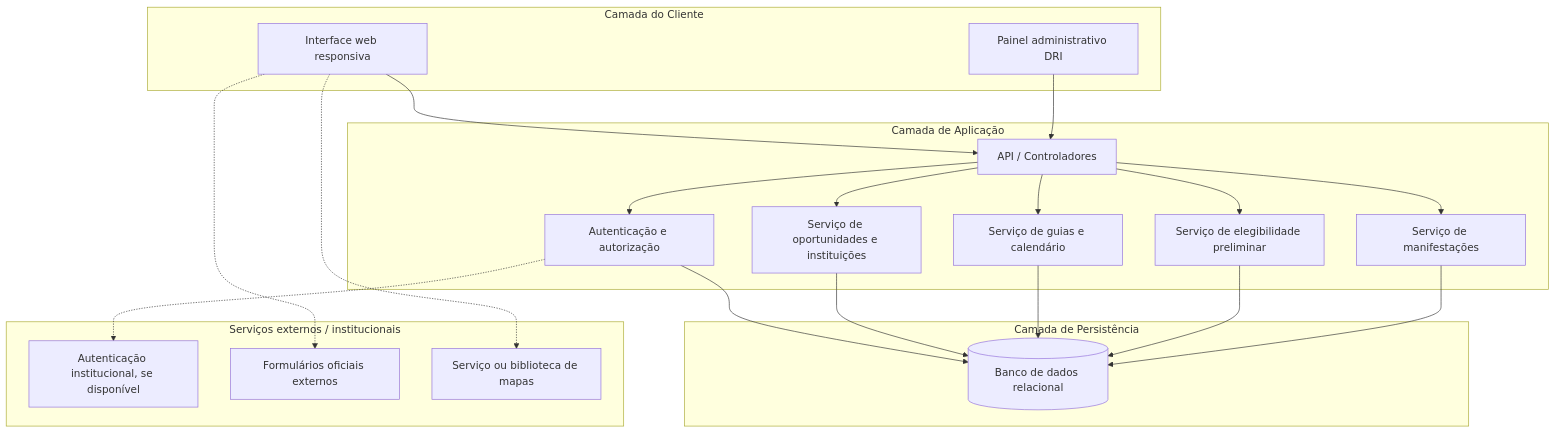
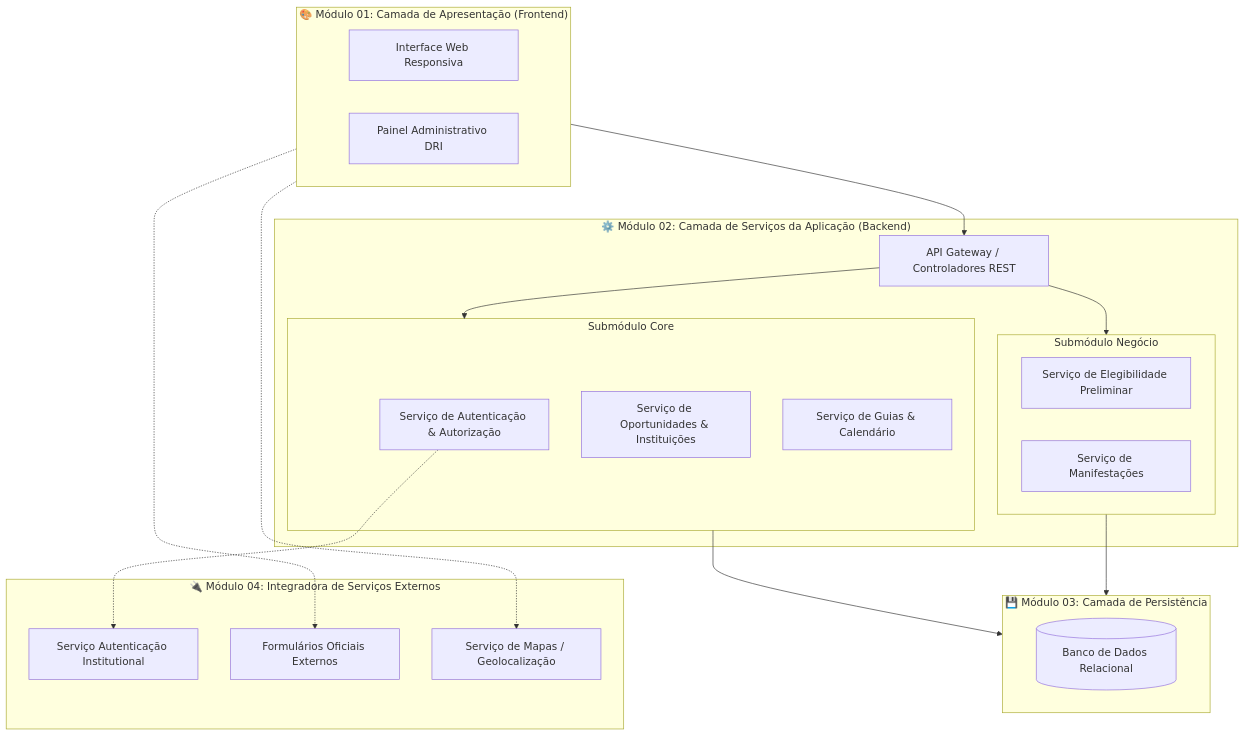
Before and after one commit to niclasmn/requisitos-2026--grupo3: the second of 4 diagrams in Requisitos/Visao-Demanda-grupo3.md, drawn with Mermaid. The commit also changed other lines of this file, not shown here.

Commit message:
Correção conforme orientações do Professor após apresentação Inicial

````diff
--- a/Requisitos/Visao-Demanda-grupo3.md
+++ b/Requisitos/Visao-Demanda-grupo3.md
@@ -310,42 +318,44 @@
 ```mermaid
 graph TB
-    subgraph Cliente[Camada do Cliente]
-        UI[Interface web responsiva]
-        AdminUI[Painel administrativo DRI]
+    subgraph ModuloApresentacao["🎨 Módulo 01: Camada de Apresentação (Frontend)"]
+        UI[Interface Web Responsiva]
+        AdminUI[Painel Administrativo DRI]
     end
 
-    subgraph Aplicacao[Camada de Aplicação]
-        API[API / Controladores]
-        Auth[Autenticação e autorização]
-        Oportunidades[Serviço de oportunidades e instituições]
-        Conteudo[Serviço de guias e calendário]
-        Elegibilidade[Serviço de elegibilidade preliminar]
-        Interesse[Serviço de manifestações]
+    subgraph ModuloServicos["⚙️ Módulo 02: Camada de Serviços da Aplicação (Backend)"]
+        API[API Gateway / Controladores REST]
+        
+        subgraph SubModuloscatalogo["Submódulo Core"]
+            Auth[Serviço de Autenticação & Autorização]
+            Oportunidades[Serviço de Oportunidades & Instituições]
+            Conteudo[Serviço de Guias & Calendário]
+        end
+        
+        subgraph SubModulosRegra["Submódulo Negócio"]
+            Elegibilidade[Serviço de Elegibilidade Preliminar]
+            Interesse[Serviço de Manifestações]
+        end
     end
 
-    subgraph Dados[Camada de Persistência]
-        BD[(Banco de dados relacional)]
+    subgraph ModuloPersistencia["💾 Módulo 03: Camada de Persistência"]
+        BD[(Banco de Dados Relacional)]
     end
 
-    subgraph Externos[Serviços externos / institucionais]
-        SSO[Autenticação institucional, se disponível]
-        Formularios[Formulários oficiais externos]
-        Mapa[Serviço ou biblioteca de mapas]
+    subgraph ModuloIntegracao["🔌 Módulo 04: Integradora de Serviços Externos"]
+        SSO[Serviço Autenticação Institutional]
+        Formularios[Formulários Oficiais Externos]
+        Mapa[Serviço de Mapas / Geolocalização]
     end
 
-    UI --> API
-    AdminUI --> API
-    API --> Auth
-    API --> Oportunidades
-    API --> Conteudo
-    API --> Elegibilidade
-    API --> Interesse
-    Auth --> BD
-    Oportunidades --> BD
-    Conteudo --> BD
-    Elegibilidade --> BD
-    Interesse --> BD
+    %% Relacionamentos Modularizados
+    ModuloApresentacao --> API
+    API --> SubModuloscatalogo
+    API --> SubModulosRegra
+    
+    SubModuloscatalogo --> ModuloPersistencia
+    SubModulosRegra --> ModuloPersistencia
+
     Auth -.-> SSO
-    UI -.-> Formularios
-    UI -.-> Mapa
+    ModuloApresentacao -.-> Formularios
+    ModuloApresentacao -.-> Mapa
 ```
````
